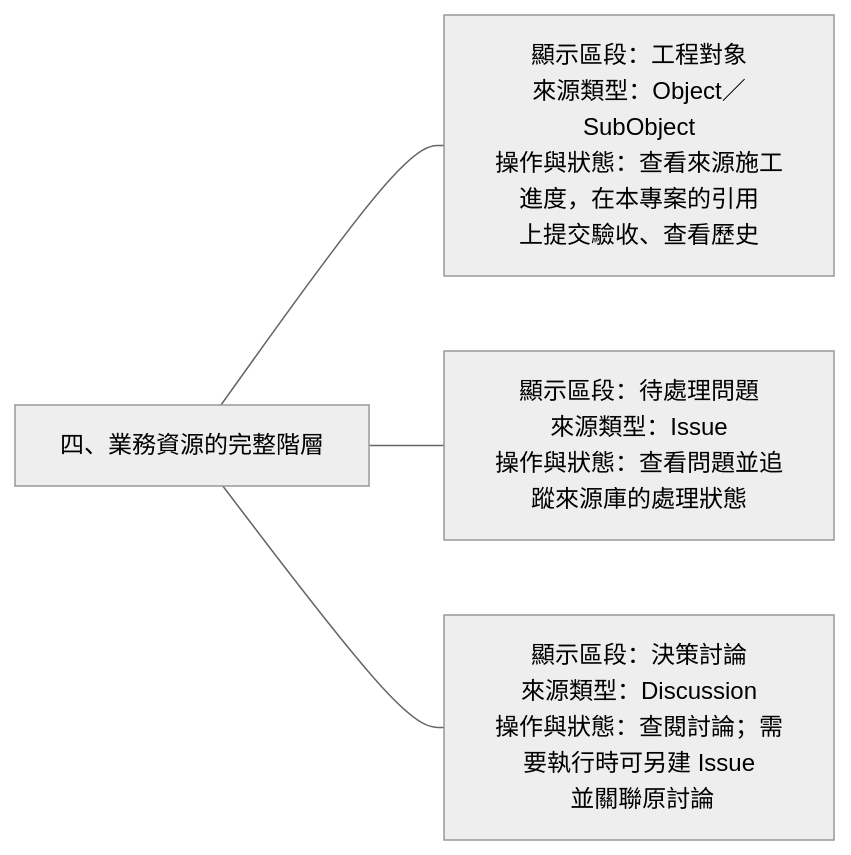
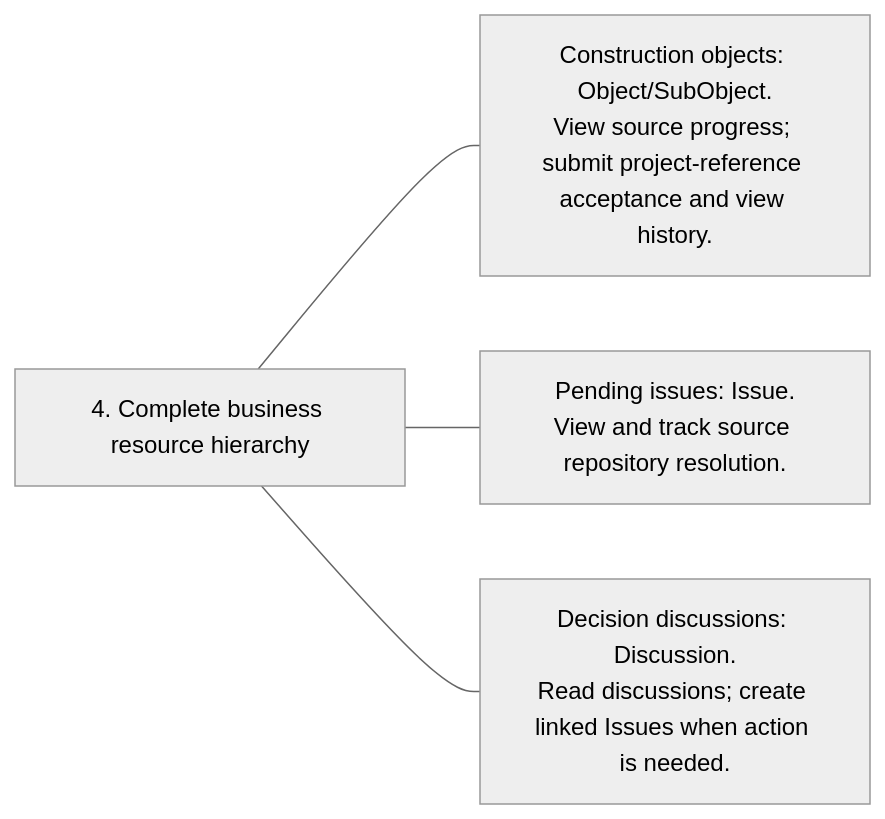
Diagram 14 of 38 in docs/proposals/line-engineering/README.md (963sup/line-mini-app-bot), drawn with Mermaid (neutral theme) before and after one commit. The commit also changed other lines of this file and 341 other files, not shown here.

````diff
--- a/docs/proposals/line-engineering/README.md
+++ b/docs/proposals/line-engineering/README.md
@@ -169,7 +173,7 @@
 ```mermaid
 flowchart LR
-  h["四、業務資源的完整階層"]
-  h --- n0["顯示區段：工程對象<br/>來源類型：Object／SubObject<br/>操作與狀態：查看來源施工進度，在本專案的引用<br/>上提交驗收、查看歷史"]
-  h --- n1["顯示區段：待處理問題<br/>來源類型：Issue<br/>操作與狀態：查看問題並追蹤來源庫的處理狀態"]
-  h --- n2["顯示區段：決策討論<br/>來源類型：Discussion<br/>操作與狀態：查閱討論；需要執行時可另建 Issue<br/> 並關聯原討論"]
+  h["4. Complete business resource hierarchy"]
+  h --- n0["Construction objects: Object/SubObject.<br/>View source progress; submit project-reference acceptance and view history."]
+  h --- n1["Pending issues: Issue.<br/>View and track source repository resolution."]
+  h --- n2["Decision discussions: Discussion.<br/>Read discussions; create linked Issues when action is needed."]
 ```
````
